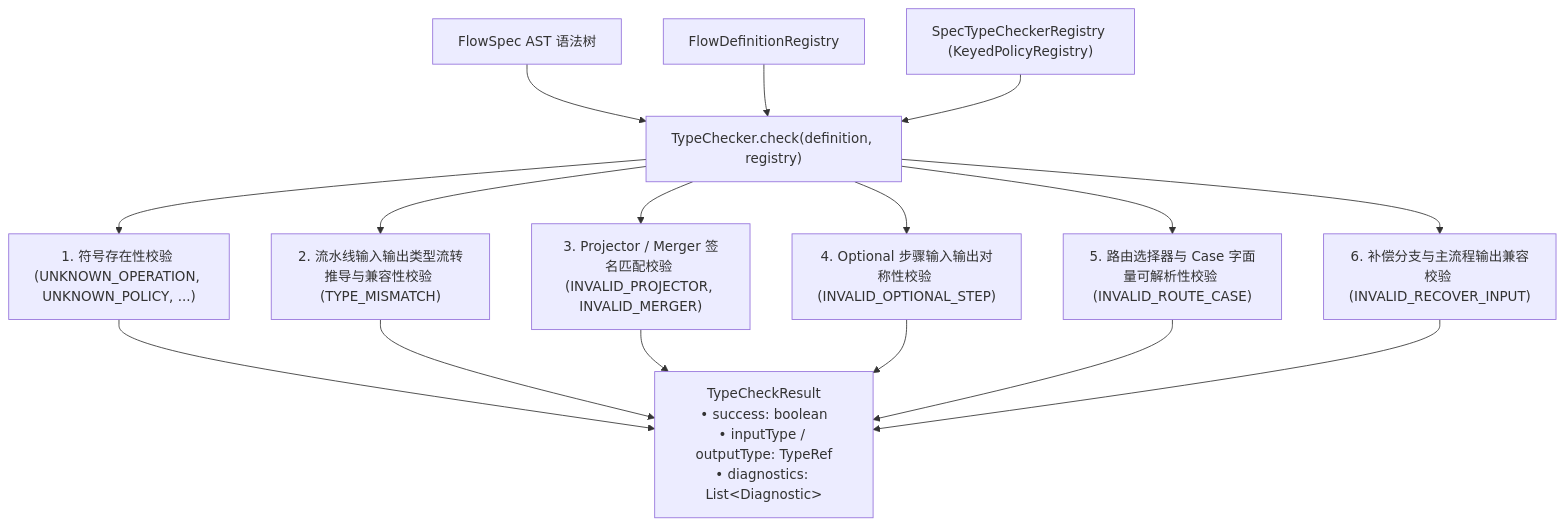
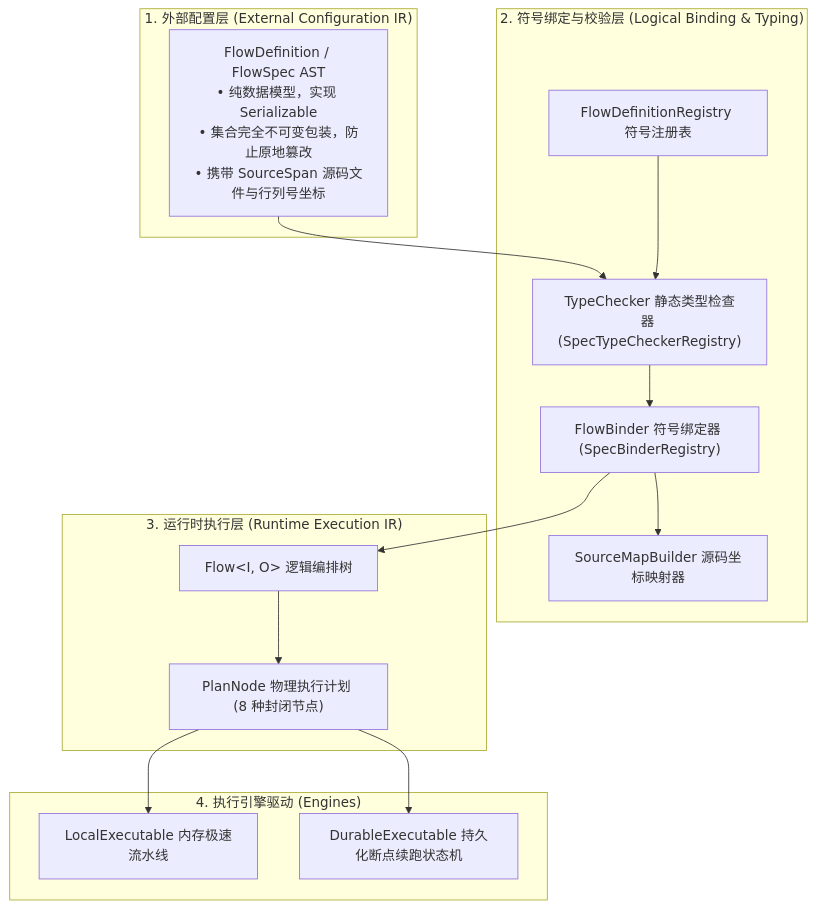
The second of 4 diagrams in docs/flow/flow-definition.md (team4u/team4u-framework), drawn with Mermaid before and after one commit. The commit also changed other lines of this file, not shown here.

Commit message:
docs(flow-definition): rewrite documentation to be accessible, intuitive and practical

````diff
--- a/docs/flow/flow-definition.md
+++ b/docs/flow/flow-definition.md
@@ -286,15 +63,25 @@
 ```mermaid
 graph TD
-    AST["FlowSpec AST 语法树"] --> TC["TypeChecker.check(definition, registry)"]
-    REG["FlowDefinitionRegistry"] --> TC
-    REG_STRAT["SpecTypeCheckerRegistry (KeyedPolicyRegistry)"] --> TC
+    subgraph "1. 外部配置层 (External Configuration IR)"
+        AST["FlowDefinition / FlowSpec AST<br/>• 纯数据模型，实现 Serializable<br/>• 集合完全不可变包装，防止原地篡改<br/>• 携带 SourceSpan 源码文件与行列号坐标"]
+    end
 
-    TC --> V1["1. 符号存在性校验 (UNKNOWN_OPERATION, UNKNOWN_POLICY, ...)"]
-    TC --> V2["2. 流水线输入输出类型流转推导与兼容性校验 (TYPE_MISMATCH)"]
-    TC --> V3["3. Projector / Merger 签名匹配校验 (INVALID_PROJECTOR, INVALID_MERGER)"]
-    TC --> V4["4. Optional 步骤输入输出对称性校验 (INVALID_OPTIONAL_STEP)"]
-    TC --> V5["5. 路由选择器与 Case 字面量可解析性校验 (INVALID_ROUTE_CASE)"]
-    TC --> V6["6. 补偿分支与主流程输出兼容校验 (INVALID_RECOVER_INPUT)"]
+    subgraph "2. 符号绑定与校验层 (Logical Binding & Typing)"
+        REG["FlowDefinitionRegistry 符号注册表"]
+        TC["TypeChecker 静态类型检查器 (SpecTypeCheckerRegistry)"]
+        FB["FlowBinder 符号绑定器 (SpecBinderRegistry)"]
+        SM["SourceMapBuilder 源码坐标映射器"]
+        AST & REG --> TC --> FB --> SM
+    end
 
-    V1 & V2 & V3 & V4 & V5 & V6 --> RES["TypeCheckResult<br/>• success: boolean<br/>• inputType / outputType: TypeRef<br/>• diagnostics: List&lt;Diagnostic&gt;"]
+    subgraph "3. 运行时执行层 (Runtime Execution IR)"
+        LOG["Flow&lt;I, O&gt; 逻辑编排树"]
+        PLAN["PlanNode 物理执行计划 (8 种封闭节点)"]
+        FB --> LOG --> PLAN
+    end
+
+    subgraph "4. 执行引擎驱动 (Engines)"
+        PLAN --> LOC["LocalExecutable 内存极速流水线"]
+        PLAN --> DUR["DurableExecutable 持久化断点续跑状态机"]
+    end
 ```
````
